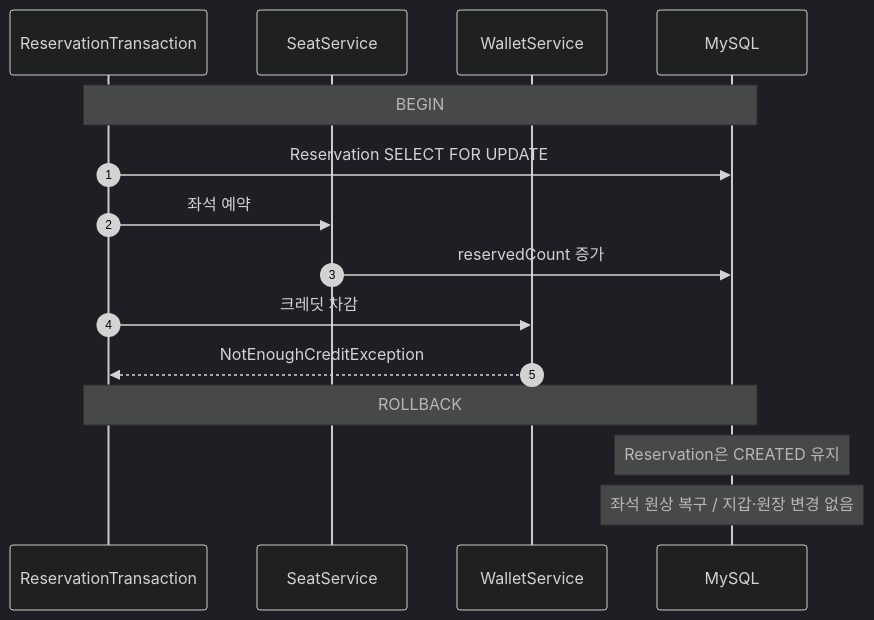
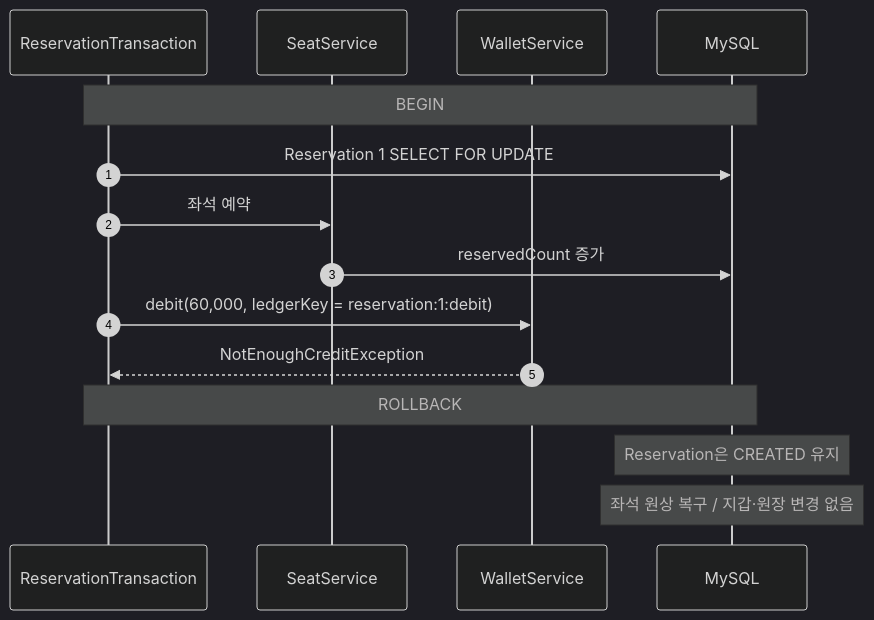
The fourth of 5 diagrams in labs/distributed-transaction-monolith/README.md (HJC96/deep-dive), drawn with Mermaid (dark theme) before and after one commit. The commit also changed other lines of this file and 81 other files, not shown here.

````diff
--- a/labs/distributed-transaction-monolith/README.md
+++ b/labs/distributed-transaction-monolith/README.md
@@ -119,18 +151,18 @@
 ```mermaid
 sequenceDiagram
     autonumber
     participant Transaction as ReservationTransaction
     participant Seat as SeatService
     participant Wallet as WalletService
     participant DB as MySQL
 
     Note over Transaction,DB: BEGIN
-    Transaction->>DB: Reservation SELECT FOR UPDATE
+    Transaction->>DB: Reservation 1 SELECT FOR UPDATE
     Transaction->>Seat: 좌석 예약
     Seat->>DB: reservedCount 증가
-    Transaction->>Wallet: 크레딧 차감
+    Transaction->>Wallet: debit(60,000, ledgerKey = reservation:1:debit)
     Wallet-->>Transaction: NotEnoughCreditException
     Note over Transaction,DB: ROLLBACK
     Note over DB: Reservation은 CREATED 유지
     Note over DB: 좌석 원상 복구 / 지갑·원장 변경 없음
 ```
````
